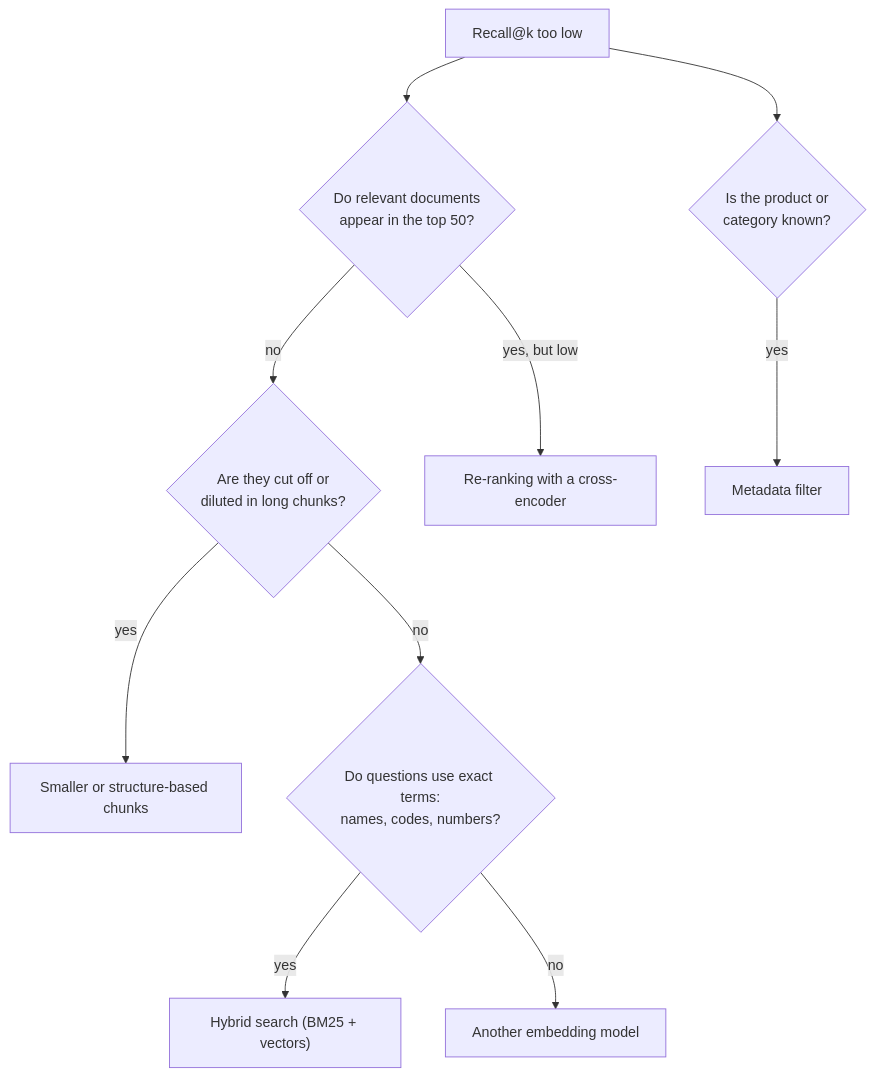
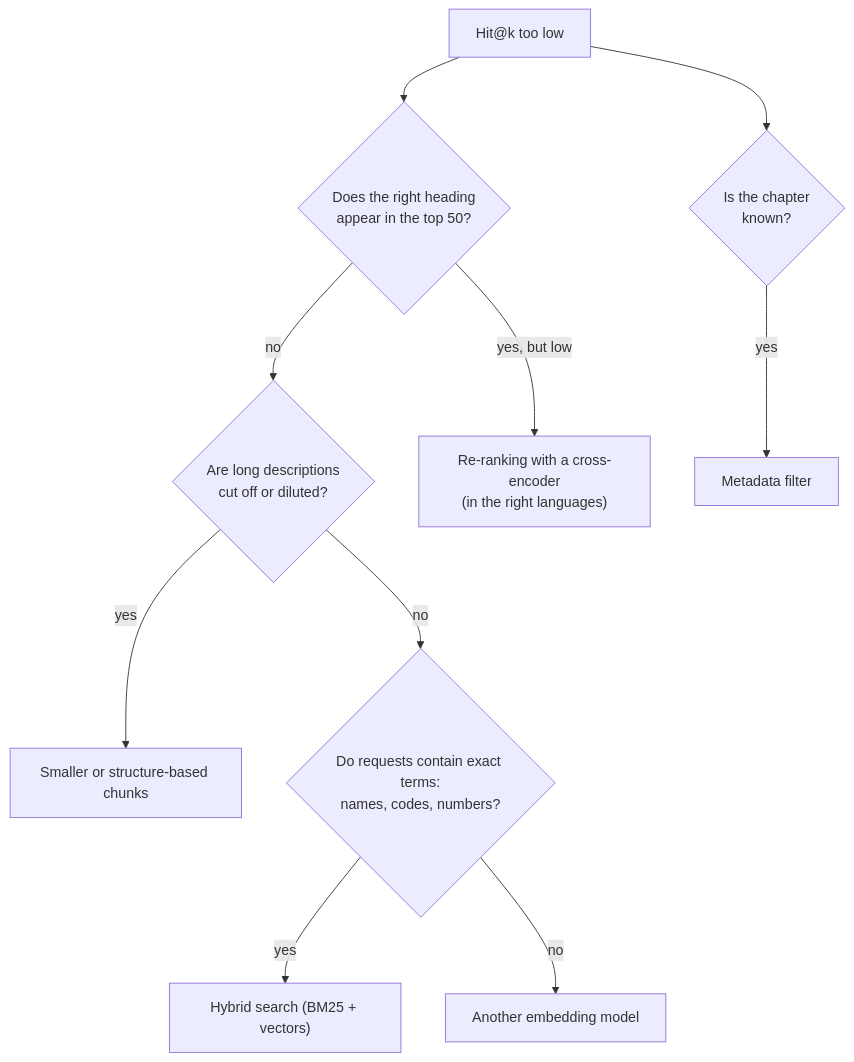
Before and after one commit to khoadaniel/statistical-programming-mpmd-htw-ws-2026: the second of 2 diagrams in sessions/15-rag-and-agents/theory/02-evaluating-and-improving-rag.md, drawn with Mermaid. The commit also changed other lines of this file and 268 other files, not shown here.

````diff
--- a/sessions/15-rag-and-agents/theory/02-evaluating-and-improving-rag.md
+++ b/sessions/15-rag-and-agents/theory/02-evaluating-and-improving-rag.md
@@ -267,12 +262,12 @@
 ```mermaid
 flowchart TD
-    S["Recall@k too low"] --> A{"Do relevant documents<br/>appear in the top 50?"}
-    A -->|no| B{"Are they cut off or<br/>diluted in long chunks?"}
+    S["Hit@k too low"] --> A{"Does the right heading<br/>appear in the top 50?"}
+    A -->|no| B{"Are long descriptions<br/>cut off or diluted?"}
     B -->|yes| C[Smaller or structure-based chunks]
-    B -->|no| E{"Do questions use exact terms:<br/>names, codes, numbers?"}
+    B -->|no| E{"Do requests contain exact terms:<br/>names, codes, numbers?"}
     E -->|yes| F["Hybrid search (BM25 + vectors)"]
     E -->|no| G[Another embedding model]
-    A -->|"yes, but low"| H["Re-ranking with a cross-encoder"]
-    S --> I{"Is the product or<br/>category known?"}
+    A -->|"yes, but low"| H["Re-ranking with a cross-encoder<br/>(in the right languages)"]
+    S --> I{"Is the chapter<br/>known?"}
     I -->|yes| J[Metadata filter]
 ```
````
